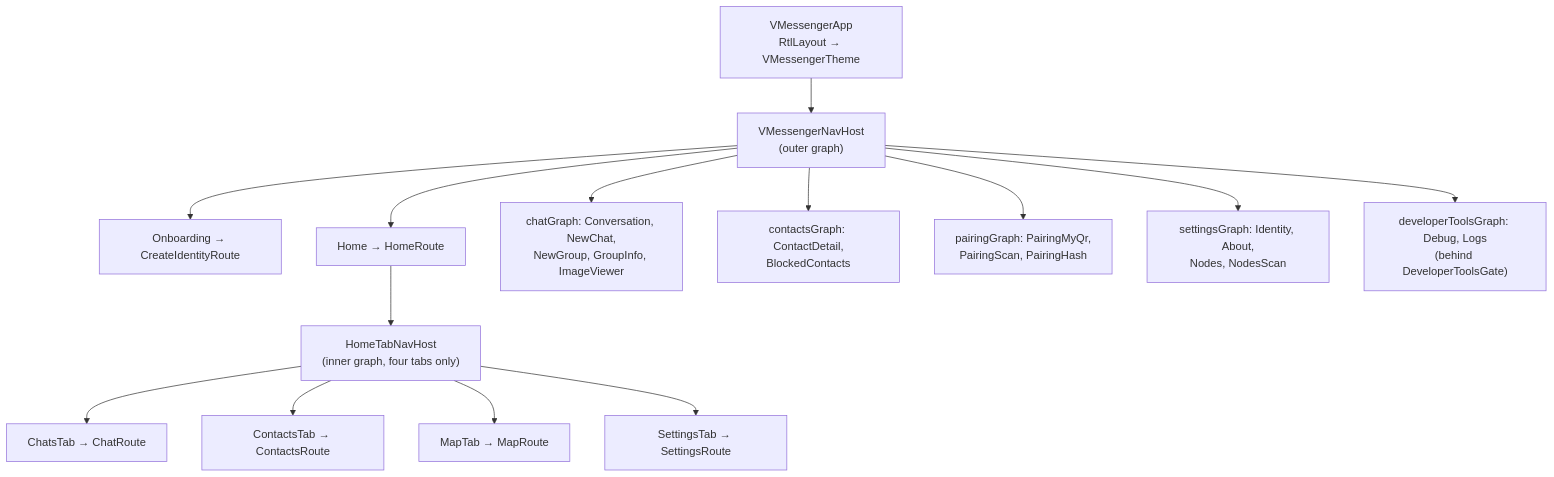
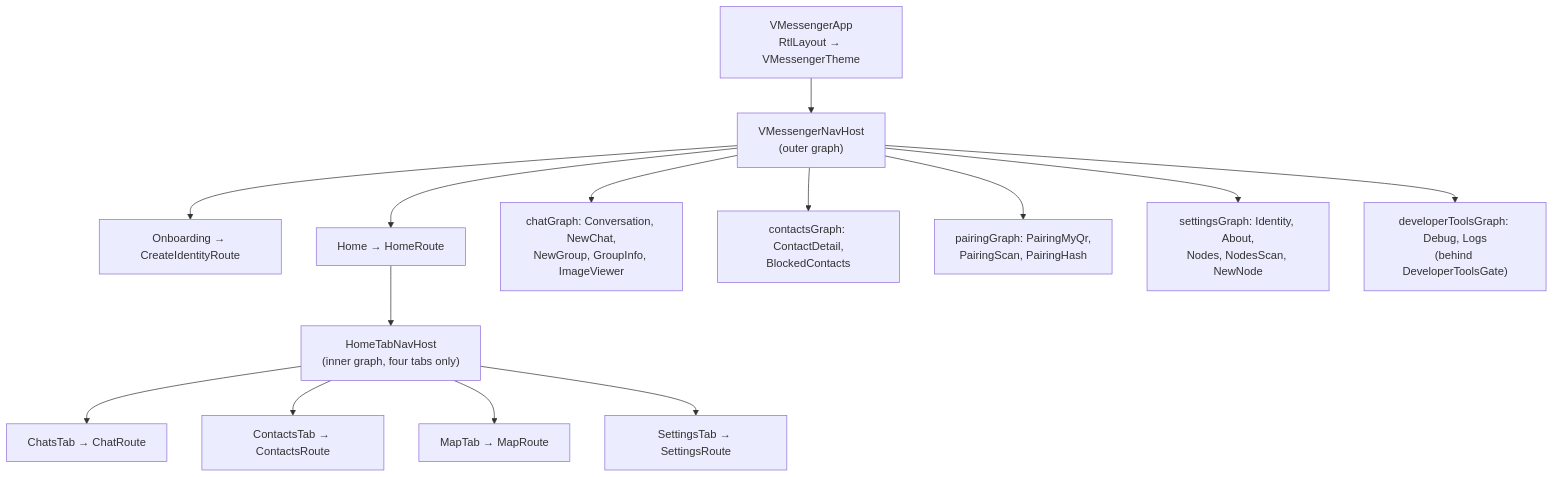
The diagram in docs/UI.md (0xAsghar/vMessenger), drawn with Mermaid before and after one commit. The commit also changed other lines of this file and 15 other files, not shown here.

````diff
--- a/docs/UI.md
+++ b/docs/UI.md
@@ -266,16 +270,16 @@
 ```mermaid
 flowchart TD
   App["VMessengerApp<br/>RtlLayout → VMessengerTheme"] --> Outer["VMessengerNavHost<br/>(outer graph)"]
   Outer --> Onb["Onboarding → CreateIdentityRoute"]
   Outer --> Home["Home → HomeRoute"]
   Outer --> Chat["chatGraph: Conversation, NewChat,<br/>NewGroup, GroupInfo, ImageViewer"]
   Outer --> Cont["contactsGraph: ContactDetail,<br/>BlockedContacts"]
   Outer --> Pair["pairingGraph: PairingMyQr,<br/>PairingScan, PairingHash"]
-  Outer --> Set["settingsGraph: Identity, About,<br/>Nodes, NodesScan"]
+  Outer --> Set["settingsGraph: Identity, About,<br/>Nodes, NodesScan, NewNode"]
   Outer --> Dev["developerToolsGraph: Debug, Logs<br/>(behind DeveloperToolsGate)"]
   Home --> Inner["HomeTabNavHost<br/>(inner graph, four tabs only)"]
   Inner --> T1["ChatsTab → ChatRoute"]
   Inner --> T2["ContactsTab → ContactsRoute"]
   Inner --> T3["MapTab → MapRoute"]
   Inner --> T4["SettingsTab → SettingsRoute"]
 ```
````
